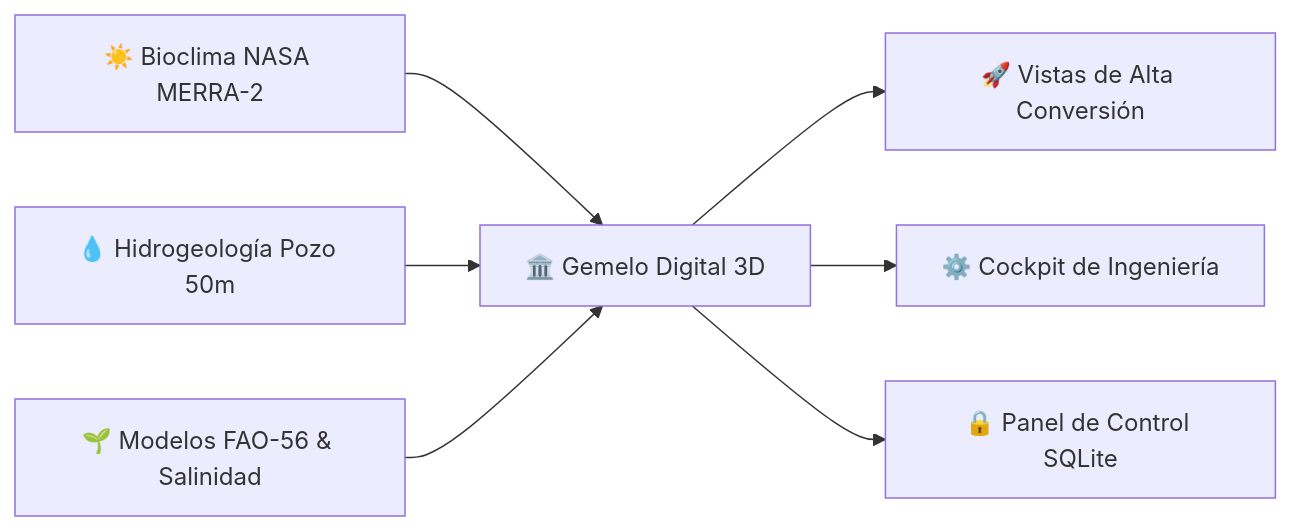
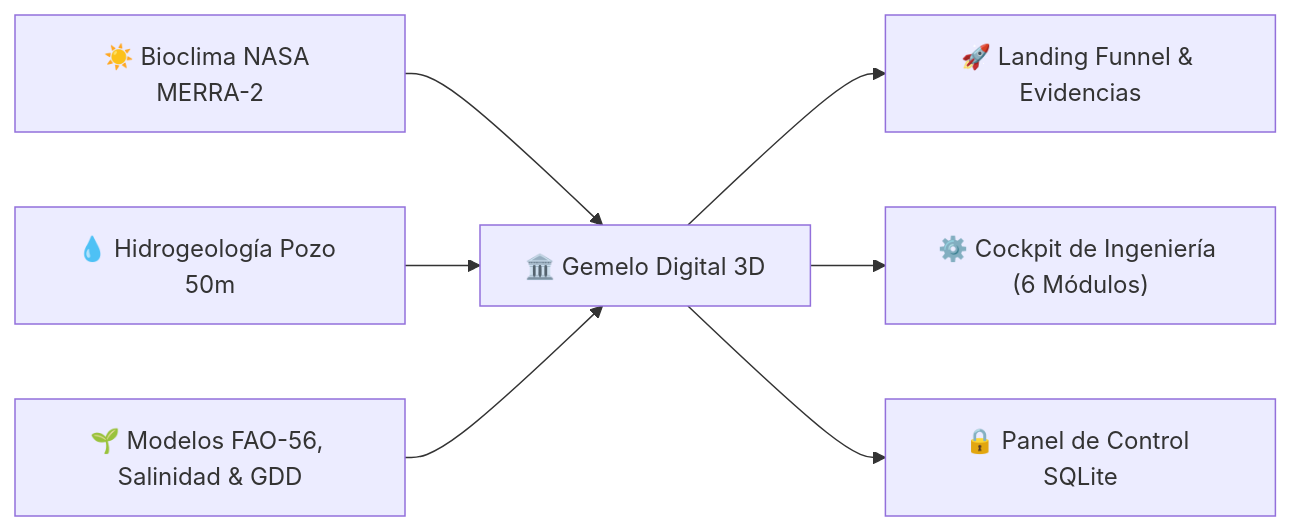
Before and after one commit to julljoll/invernadero: the first of 2 diagrams in README.md, drawn with Mermaid. The commit also changed other lines of this file and 128 other files, not shown here.

````diff
--- a/README.md
+++ b/README.md
@@ -29,9 +38,9 @@
 ```mermaid
 graph LR
     A["☀️ Bioclima NASA MERRA-2"] --> C["🏛️ Gemelo Digital 3D"]
     B["💧 Hidrogeología Pozo 50m"] --> C
-    D["🌱 Modelos FAO-56 & Salinidad"] --> C
-    C --> E["🚀 Vistas de Alta Conversión"]
-    C --> F["⚙️ Cockpit de Ingeniería"]
+    D["🌱 Modelos FAO-56, Salinidad & GDD"] --> C
+    C --> E["🚀 Landing Funnel & Evidencias"]
+    C --> F["⚙️ Cockpit de Ingeniería (6 Módulos)"]
     C --> G["🔒 Panel de Control SQLite"]
 ```
````
